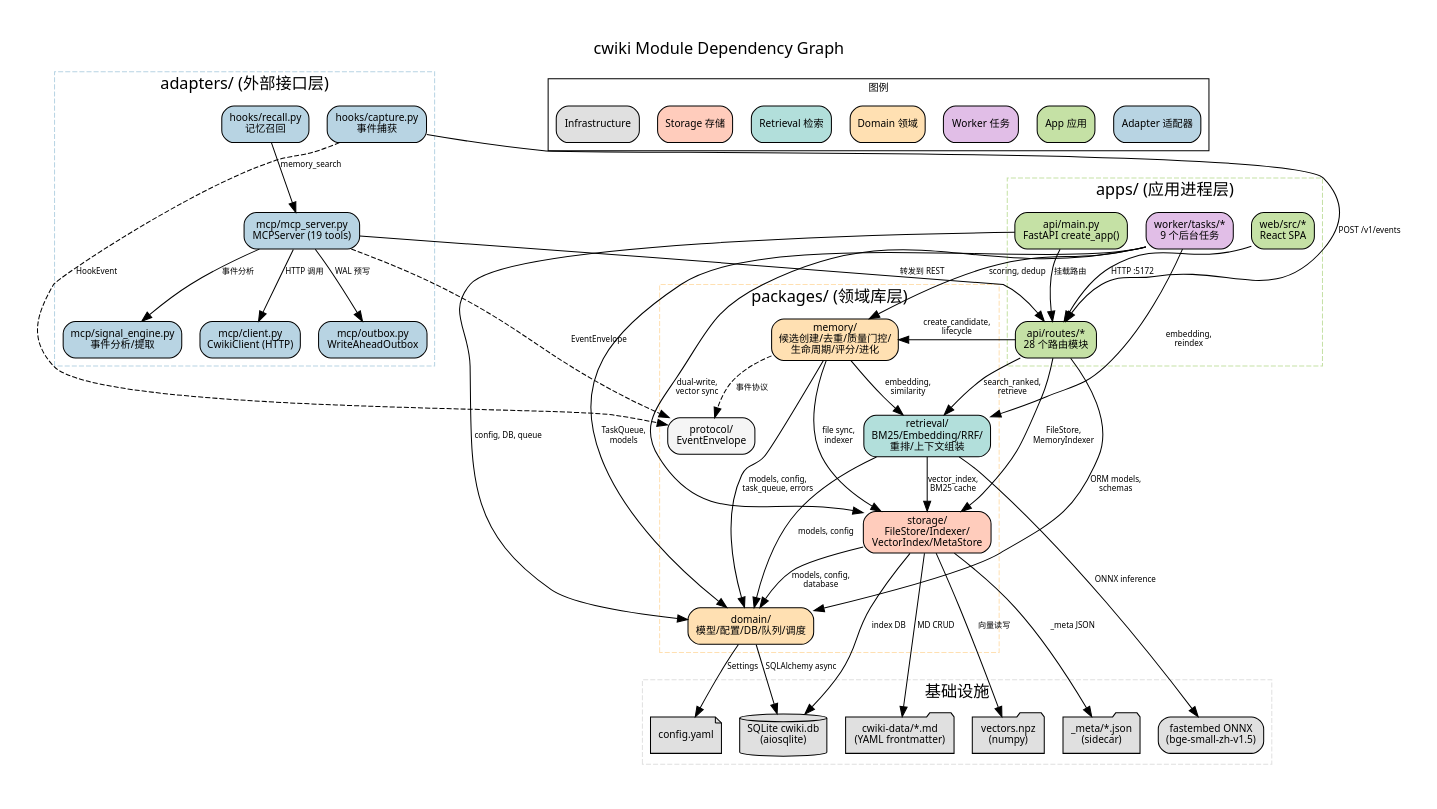
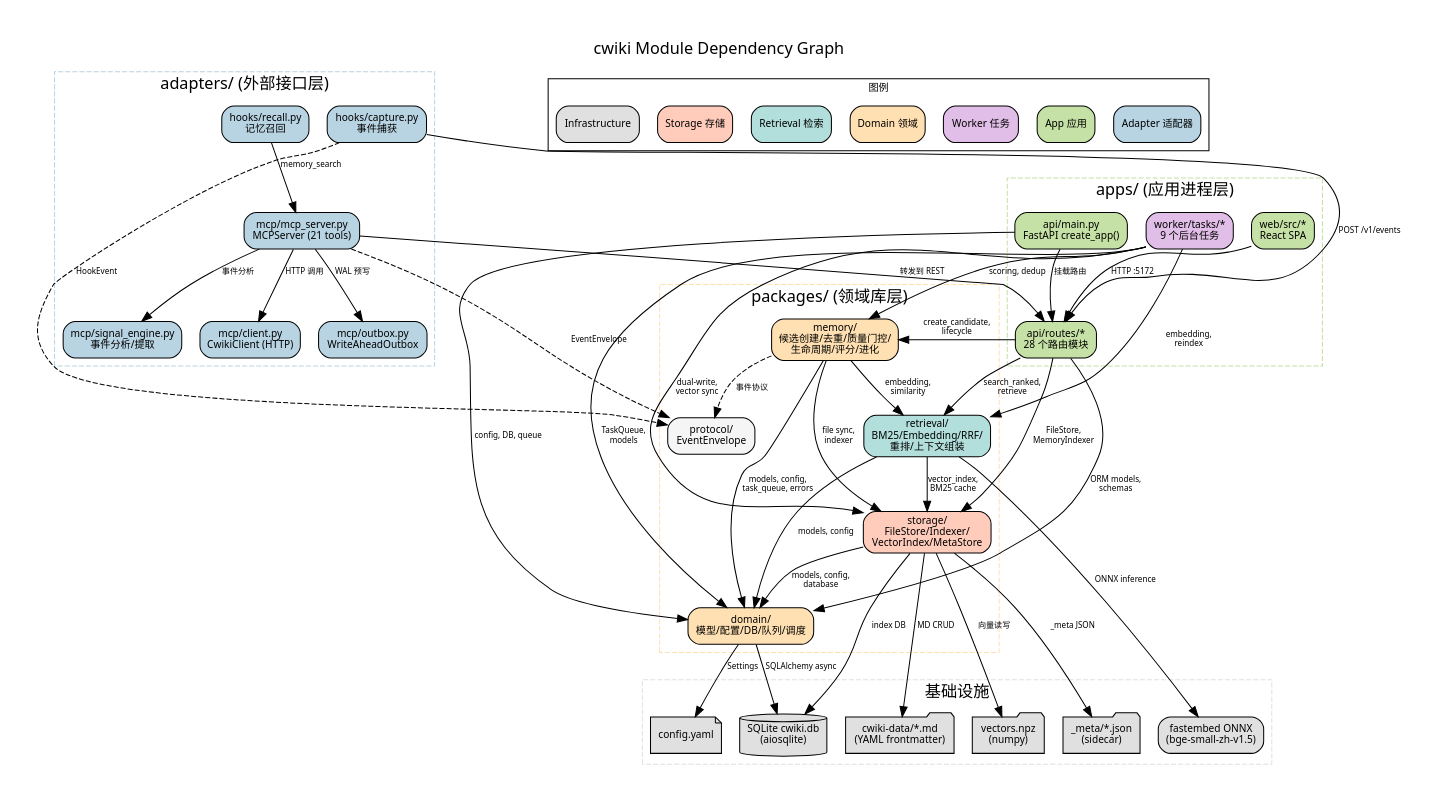
One commit to Chance-Wu/cwiki changed the diagram in docs/architecture/dependency-graph.dot. Above: the diagram before and after it, drawn with Graphviz. The commit also changed 13 other files, not shown here.

```diff
--- a/docs/architecture/dependency-graph.dot
+++ b/docs/architecture/dependency-graph.dot
@@ -1,124 +1,124 @@
 // cwiki Module Dependency Graph
 // Audience: developers assessing change impact and coupling
 // Scope: packages/, apps/, adapters/ internal dependencies
 // Evidence: imports across all Python modules, pyproject.toml
 // Skill: dependency-impact-analyzer + graphviz
 
 digraph cwiki_dependencies {
     rankdir=TB
     node [shape=box, style="rounded,filled", fontname="Segoe UI", fontsize=10]
     edge [fontname="Segoe UI", fontsize=8, color="#666"]
     graph [fontname="Segoe UI", fontsize=13, label="cwiki Module Dependency Graph", labelloc=t, fontsize=16, pad=0.4]
 
     // ===== LAYER: Adapters (External Interface) =====
     subgraph cluster_adapters {
         label="adapters/ (外部接口层)"
         style=dashed
         color="#B8D4E3"
 
-        mcp_server [label="mcp/mcp_server.py\nMCPServer (19 tools)", fillcolor="#B8D4E3"]
+        mcp_server [label="mcp/mcp_server.py\nMCPServer (21 tools)", fillcolor="#B8D4E3"]
         mcp_client [label="mcp/client.py\nCwikiClient (HTTP)", fillcolor="#B8D4E3"]
         mcp_outbox [label="mcp/outbox.py\nWriteAheadOutbox", fillcolor="#B8D4E3"]
         mcp_signal [label="mcp/signal_engine.py\n事件分析/提取", fillcolor="#B8D4E3"]
         hook_capture [label="hooks/capture.py\n事件捕获", fillcolor="#B8D4E3"]
         hook_recall [label="hooks/recall.py\n记忆召回", fillcolor="#B8D4E3"]
     }
 
     // ===== LAYER: Apps (Application Processes) =====
     subgraph cluster_apps {
         label="apps/ (应用进程层)"
         style=dashed
         color="#C5E1A5"
 
         api_main [label="api/main.py\nFastAPI create_app()", fillcolor="#C5E1A5"]
         api_routes [label="api/routes/*\n28 个路由模块", fillcolor="#C5E1A5"]
         worker_tasks [label="worker/tasks/*\n9 个后台任务", fillcolor="#E1BEE7"]
         web_ui [label="web/src/*\nReact SPA", fillcolor="#C5E1A5"]
     }
 
     // ===== LAYER: Packages (Domain Libraries) =====
     subgraph cluster_packages {
         label="packages/ (领域库层)"
         style=dashed
         color="#FFE0B2"
 
         pkg_domain [label="domain/\n模型/配置/DB/队列/调度", fillcolor="#FFE0B2"]
         pkg_memory [label="memory/\n候选创建/去重/质量门控/\n生命周期/评分/进化", fillcolor="#FFE0B2"]
         pkg_retrieval [label="retrieval/\nBM25/Embedding/RRF/\n重排/上下文组装", fillcolor="#B2DFDB"]
         pkg_storage [label="storage/\nFileStore/Indexer/\nVectorIndex/MetaStore", fillcolor="#FFCCBC"]
         pkg_protocol [label="protocol/\nEventEnvelope", fillcolor="#F5F5F5"]
     }
 
     // ===== LAYER: Infrastructure =====
     subgraph cluster_infra {
         label="基础设施"
         style=dashed
         color="#E0E0E0"
 
         sqlite [label="SQLite cwiki.db\n(aiosqlite)", fillcolor="#E0E0E0", shape=cylinder]
         npz [label="vectors.npz\n(numpy)", fillcolor="#E0E0E0", shape=folder]
         md_files [label="cwiki-data/*.md\n(YAML frontmatter)", fillcolor="#E0E0E0", shape=folder]
         meta_files [label="_meta/*.json\n(sidecar)", fillcolor="#E0E0E0", shape=folder]
         fastembed [label="fastembed ONNX\n(bge-small-zh-v1.5)", fillcolor="#E0E0E0"]
         config_yaml [label="config.yaml", fillcolor="#E0E0E0", shape=note]
     }
 
     // ===== Adapter Dependencies =====
     mcp_server -> mcp_client [label="HTTP 调用"]
     mcp_server -> mcp_outbox [label="WAL 预写"]
     mcp_server -> mcp_signal [label="事件分析"]
     mcp_server -> api_routes [label="转发到 REST"]
     hook_capture -> api_routes [label="POST /v1/events"]
     hook_recall -> mcp_server [label="memory_search"]
 
     // ===== App Dependencies =====
     api_main -> api_routes [label="挂载路由"]
     api_main -> pkg_domain [label="config, DB, queue"]
     api_routes -> pkg_memory [label="create_candidate,\nlifecycle"]
     api_routes -> pkg_retrieval [label="search_ranked,\nretrieve"]
     api_routes -> pkg_storage [label="FileStore,\nMemoryIndexer"]
     api_routes -> pkg_domain [label="ORM models,\nschemas"]
     worker_tasks -> pkg_memory [label="scoring, dedup"]
     worker_tasks -> pkg_retrieval [label="embedding,\nreindex"]
     worker_tasks -> pkg_storage [label="dual-write,\nvector sync"]
     worker_tasks -> pkg_domain [label="TaskQueue,\nmodels"]
     web_ui -> api_routes [label="HTTP :5172"]
 
     // ===== Package Dependencies =====
     pkg_memory -> pkg_domain [label="models, config,\ntask_queue, errors"]
     pkg_memory -> pkg_retrieval [label="embedding,\nsimilarity"]
     pkg_memory -> pkg_storage [label="file sync,\nindexer"]
     pkg_retrieval -> pkg_domain [label="models, config"]
     pkg_retrieval -> pkg_storage [label="vector_index,\nBM25 cache"]
     pkg_storage -> pkg_domain [label="models, config,\ndatabase"]
 
     // ===== Infrastructure Dependencies =====
     pkg_domain -> sqlite [label="SQLAlchemy async"]
     pkg_domain -> config_yaml [label="Settings"]
     pkg_storage -> sqlite [label="index DB"]
     pkg_storage -> npz [label="向量读写"]
     pkg_storage -> md_files [label="MD CRUD"]
     pkg_storage -> meta_files [label="_meta JSON"]
     pkg_retrieval -> fastembed [label="ONNX inference"]
 
     // ===== Cross-cutting Concerns (dashed) =====
     mcp_server -> pkg_protocol [label="EventEnvelope", style=dashed]
     hook_capture -> pkg_protocol [label="HookEvent", style=dashed]
     pkg_memory -> pkg_protocol [label="事件协议", style=dashed, color="#999"]
 
     // ===== Legend =====
     subgraph cluster_legend {
         label="图例"
         style=solid
         color="#999"
         fontsize=10
 
         legend_adapter [label="Adapter 适配器", fillcolor="#B8D4E3"]
         legend_app [label="App 应用", fillcolor="#C5E1A5"]
         legend_worker [label="Worker 任务", fillcolor="#E1BEE7"]
         legend_domain [label="Domain 领域", fillcolor="#FFE0B2"]
         legend_retrieval [label="Retrieval 检索", fillcolor="#B2DFDB"]
         legend_storage [label="Storage 存储", fillcolor="#FFCCBC"]
         legend_infra [label="Infrastructure", fillcolor="#E0E0E0"]
     }
 }
```
